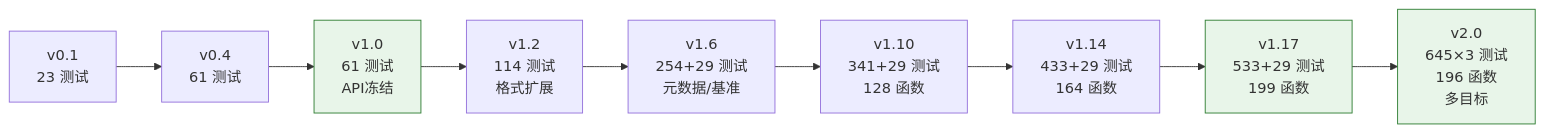
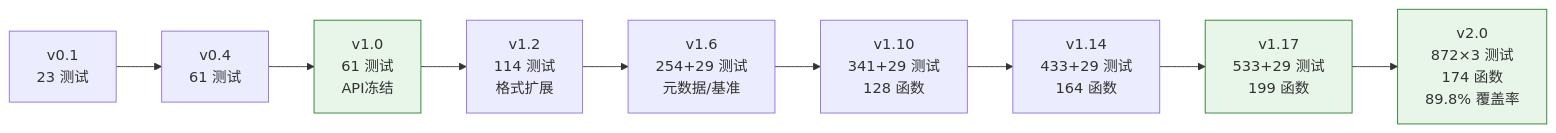
The second of 2 diagrams in docs/roadmap.md (toadium/stb-image), drawn with Mermaid before and after one commit. The commit also changed other lines of this file, not shown here.

First line of the commit message:
文档: 重写迭代路线图(v2.1-v3.0)，基于功能缺口分析制定4阶段计划

````diff
--- a/docs/roadmap.md
+++ b/docs/roadmap.md
@@ -48,14 +48,14 @@
 ```mermaid
 flowchart LR
     V01["v0.1<br/>23 测试"] --> V04["v0.4<br/>61 测试"]
     V04 --> V10["v1.0<br/>61 测试<br/>API冻结"]
     V10 --> V12["v1.2<br/>114 测试<br/>格式扩展"]
     V12 --> V16["v1.6<br/>254+29 测试<br/>元数据/基准"]
     V16 --> V110["v1.10<br/>341+29 测试<br/>128 函数"]
     V110 --> V114["v1.14<br/>433+29 测试<br/>164 函数"]
     V114 --> V117["v1.17<br/>533+29 测试<br/>199 函数"]
-    V117 --> V20["v2.0<br/>645×3 测试<br/>196 函数<br/>多目标"]
+    V117 --> V20["v2.0<br/>872×3 测试<br/>174 函数<br/>89.8% 覆盖率"]
 
     classDef milestone fill:#e8f5e9,stroke:#2e7d32
     class V10,V117,V20 milestone
 ```
````
